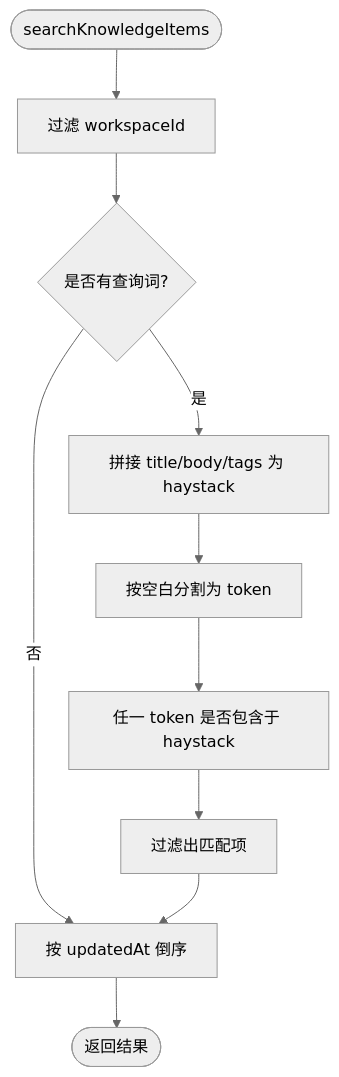
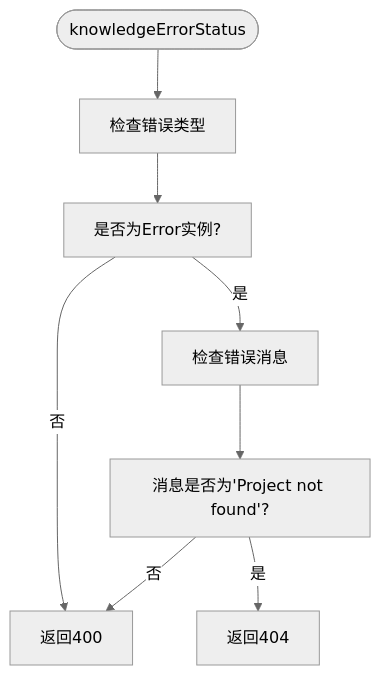
One commit to coconilu/RepoHelm changed the sixth of 8 diagrams in .qoder/repowiki/zh/content/知识库系统.md. Above: the diagram before and after it, drawn with Mermaid (neutral theme). The commit also changed other lines of this file and 9 other files, not shown here.

First line of the commit message:
docs(zh): add KnowledgeCenter, Markdown & Mermaid

````diff
--- a/.qoder/repowiki/zh/content/知识库系统.md
+++ b/.qoder/repowiki/zh/content/知识库系统.md
@@ -306,12 +372,10 @@
 ```mermaid
 flowchart TD
-Start(["searchKnowledgeItems"]) --> FilterWS["过滤 workspaceId"]
-FilterWS --> HasQuery{"是否有查询词?"}
-HasQuery --> |否| Sort["按 updatedAt 倒序"]
-HasQuery --> |是| Join["拼接 title/body/tags 为 haystack"]
-Join --> Split["按空白分割为 token"]
-Split --> Match["任一 token 是否包含于 haystack"]
-Match --> FilterRes["过滤出匹配项"]
-FilterRes --> Sort
-Sort --> End(["返回结果"])
+Start(["knowledgeErrorStatus"]) --> CheckErr["检查错误类型"]
+CheckErr --> IsError["是否为Error实例?"]
+IsError --> |否| Return400["返回400"]
+IsError --> |是| CheckMsg["检查错误消息"]
+CheckMsg --> IsNotFound["消息是否为'Project not found'?"]
+IsNotFound --> |是| Return404["返回404"]
+IsNotFound --> |否| Return400["返回400"]
 ```
````
